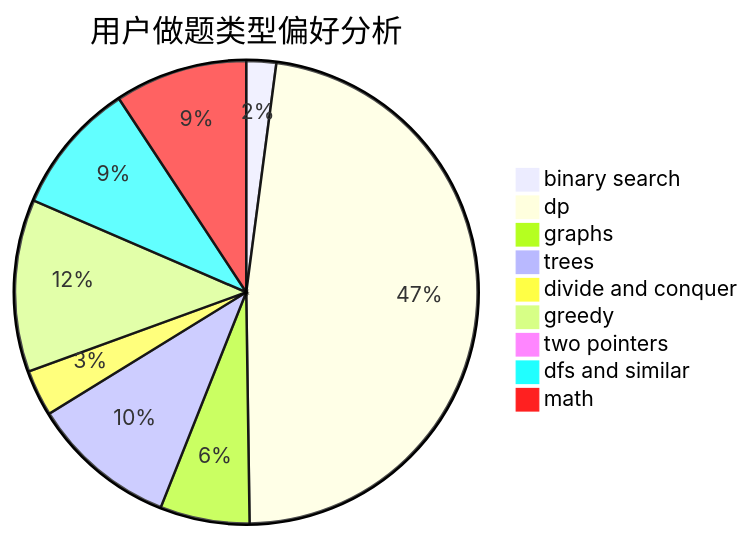
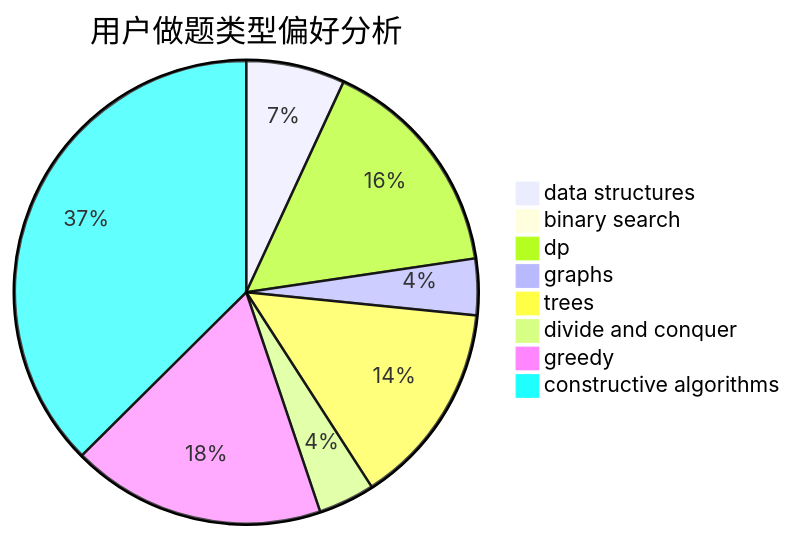
One commit to sherpahu/cfrs.github.io changed the second of 3 diagrams in docs/user/u2345.md. Above: the diagram before and after it, drawn with Mermaid. The commit also changed other lines of this file and 2775 other files, not shown here.

````diff
--- a/docs/user/u2345.md
+++ b/docs/user/u2345.md
@@ -23,12 +23,11 @@
 ```mermaid
 pie title 用户做题类型偏好分析
-    "binary search" :  9
-    "dp" :  206
-    "graphs" :  27
-    "trees" :  44
-    "divide and conquer" :  14
-    "greedy" :  52
-    "two pointers" :  3
-    "dfs and similar" :  40
-    "math" :  40
+    "data structures" :  14
+    "binary search" :  2
+    "dp" :  32
+    "graphs" :  8
+    "trees" :  29
+    "divide and conquer" :  8
+    "greedy" :  36
+    "constructive algorithms" :  76
 ```
````
